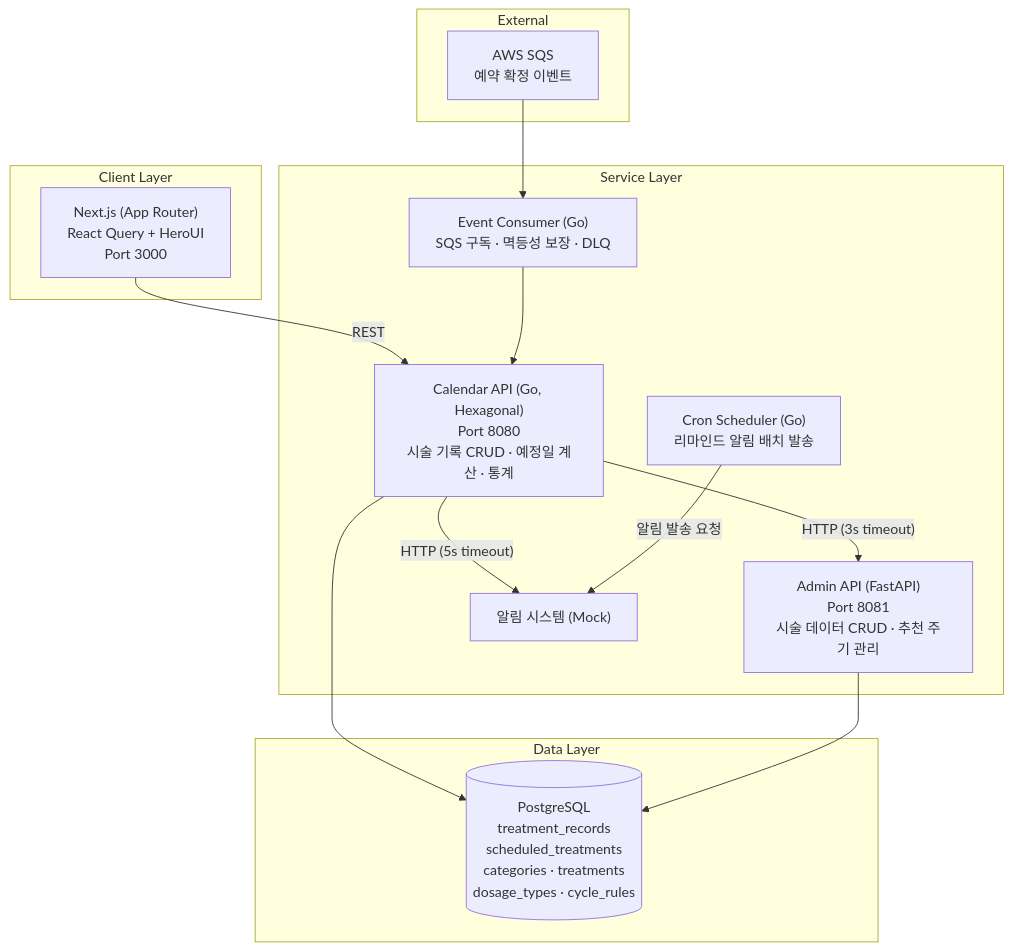
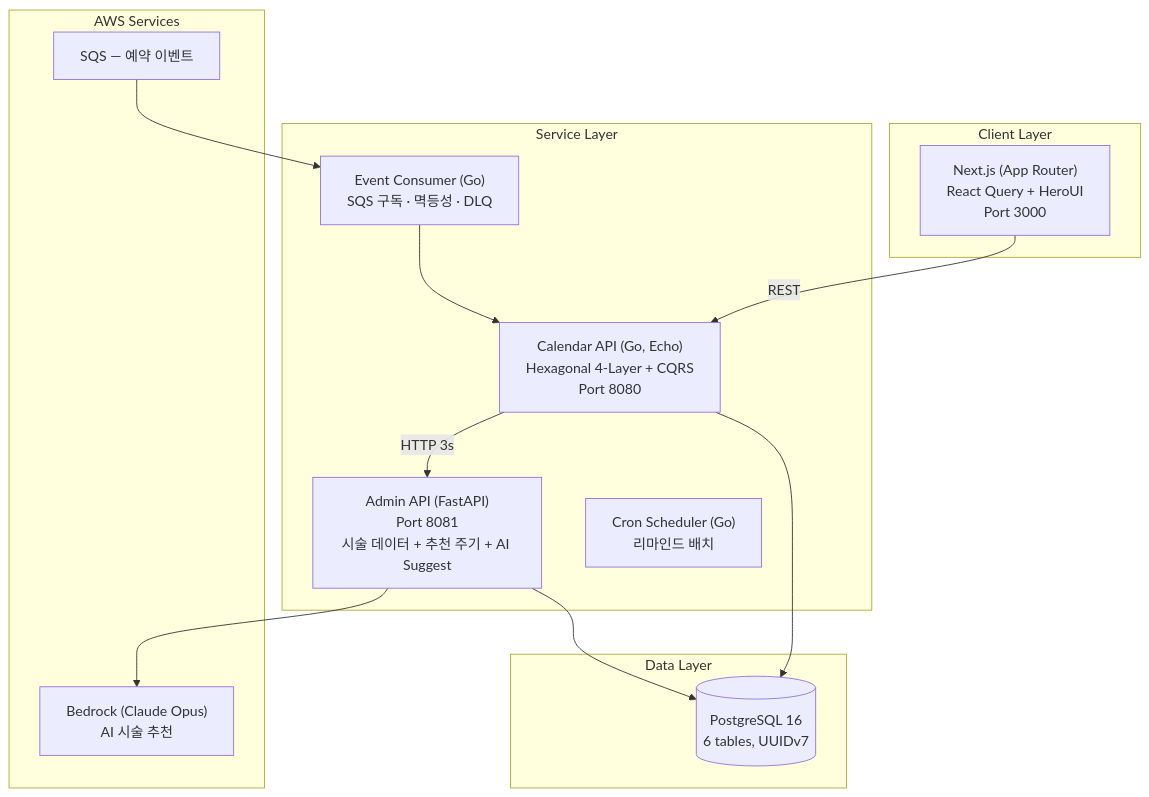
The third of 3 diagrams in README.md (Jeldo/NextGenPlatformUnni), drawn with Mermaid before and after one commit. The commit also changed other lines of this file, not shown here.

````diff
--- a/README.md
+++ b/README.md
@@ -211,31 +205,30 @@
 ```mermaid
 graph TD
     subgraph Client["Client Layer"]
         WEB["Next.js (App Router)<br/>React Query + HeroUI<br/>Port 3000"]
     end
 
     subgraph Service["Service Layer"]
-        API["Calendar API (Go, Hexagonal)<br/>Port 8080<br/>시술 기록 CRUD · 예정일 계산 · 통계"]
-        ADMIN["Admin API (FastAPI)<br/>Port 8081<br/>시술 데이터 CRUD · 추천 주기 관리"]
-        NOTI["알림 시스템 (Mock)"]
-        EVENT["Event Consumer (Go)<br/>SQS 구독 · 멱등성 보장 · DLQ"]
-        CRON["Cron Scheduler (Go)<br/>리마인드 알림 배치 발송"]
+        API["Calendar API (Go, Echo)<br/>Hexagonal 4-Layer + CQRS<br/>Port 8080"]
+        ADMIN["Admin API (FastAPI)<br/>Port 8081<br/>시술 데이터 + 추천 주기 + AI Suggest"]
+        EVENT["Event Consumer (Go)<br/>SQS 구독 · 멱등성 · DLQ"]
+        CRON["Cron Scheduler (Go)<br/>리마인드 배치"]
     end
 
     subgraph Data["Data Layer"]
-        DB[("PostgreSQL<br/>treatment_records<br/>scheduled_treatments<br/>categories · treatments<br/>dosage_types · cycle_rules")]
+        DB[("PostgreSQL 16<br/>6 tables, UUIDv7")]
     end
 
-    subgraph External["External"]
-        SQS["AWS SQS<br/>예약 확정 이벤트"]
+    subgraph AWS["AWS Services"]
+        SQS["SQS — 예약 이벤트"]
+        BEDROCK["Bedrock (Claude Opus)<br/>AI 시술 추천"]
     end
 
     WEB -->|REST| API
-    API -->|"HTTP (3s timeout)"| ADMIN
-    API -->|"HTTP (5s timeout)"| NOTI
-    CRON -->|알림 발송 요청| NOTI
+    API -->|"HTTP 3s"| ADMIN
     SQS --> EVENT
     EVENT --> API
     API --> DB
     ADMIN --> DB
+    ADMIN --> BEDROCK
 ```
````
